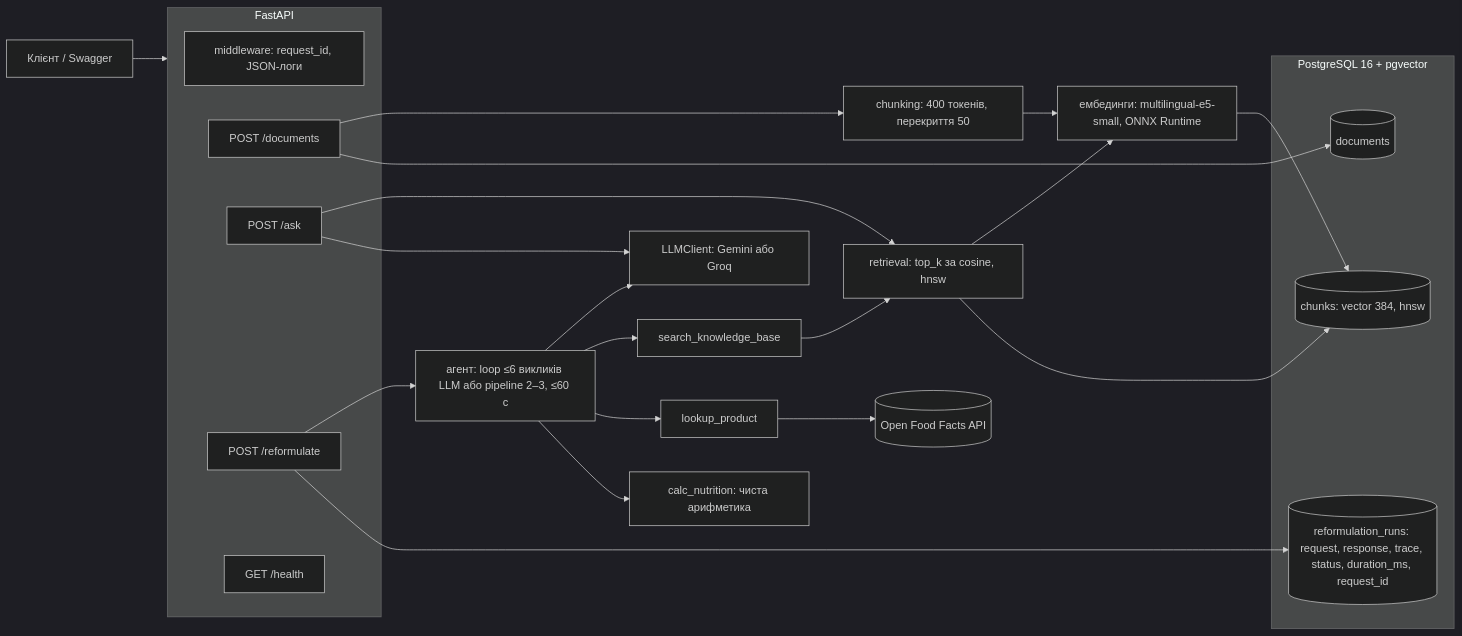
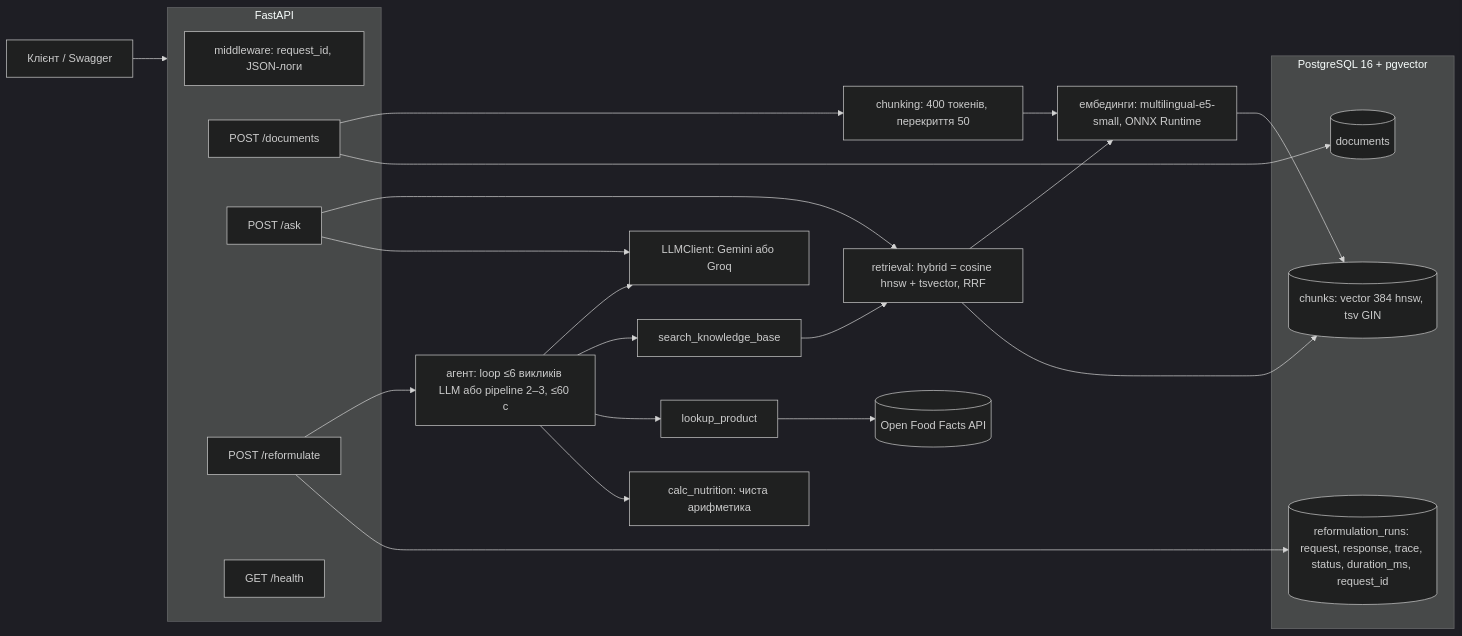
The diagram in README.md (Nikita-tg-python/reformulation-assistant), drawn with Mermaid (dark theme) before and after one commit. The commit also changed other lines of this file and 8 other files, not shown here.

````diff
--- a/README.md
+++ b/README.md
@@ -19,37 +19,37 @@
 ```mermaid
 flowchart LR
     U[Клієнт / Swagger] --> API
 
     subgraph API[FastAPI]
         MW[middleware: request_id, JSON-логи]
         D[POST /documents]
         A[POST /ask]
         R[POST /reformulate]
         H[GET /health]
     end
 
     D --> CH[chunking: 400 токенів, перекриття 50]
     CH --> EMB[ембединги: multilingual-e5-small, ONNX Runtime]
-    A --> RET[retrieval: top_k за cosine, hnsw]
+    A --> RET[retrieval: hybrid = cosine hnsw + tsvector, RRF]
     RET --> EMB
     A --> LLM[LLMClient: Gemini або Groq]
 
     R --> AG[агент: loop ≤6 викликів LLM або pipeline 2–3, ≤60 с]
     AG --> LLM
     AG --> T1[search_knowledge_base]
     AG --> T2[lookup_product]
     AG --> T3[calc_nutrition: чиста арифметика]
     T1 --> RET
     T2 --> OFF[(Open Food Facts API)]
 
     subgraph PG[PostgreSQL 16 + pgvector]
         DOCS[(documents)]
-        CHUNKS[(chunks: vector 384, hnsw)]
+        CHUNKS[(chunks: vector 384 hnsw, tsv GIN)]
         RUNS[(reformulation_runs: request, response, trace, status, duration_ms, request_id)]
     end
 
     EMB --> CHUNKS
     D --> DOCS
     RET --> CHUNKS
     R --> RUNS
 ```
````
